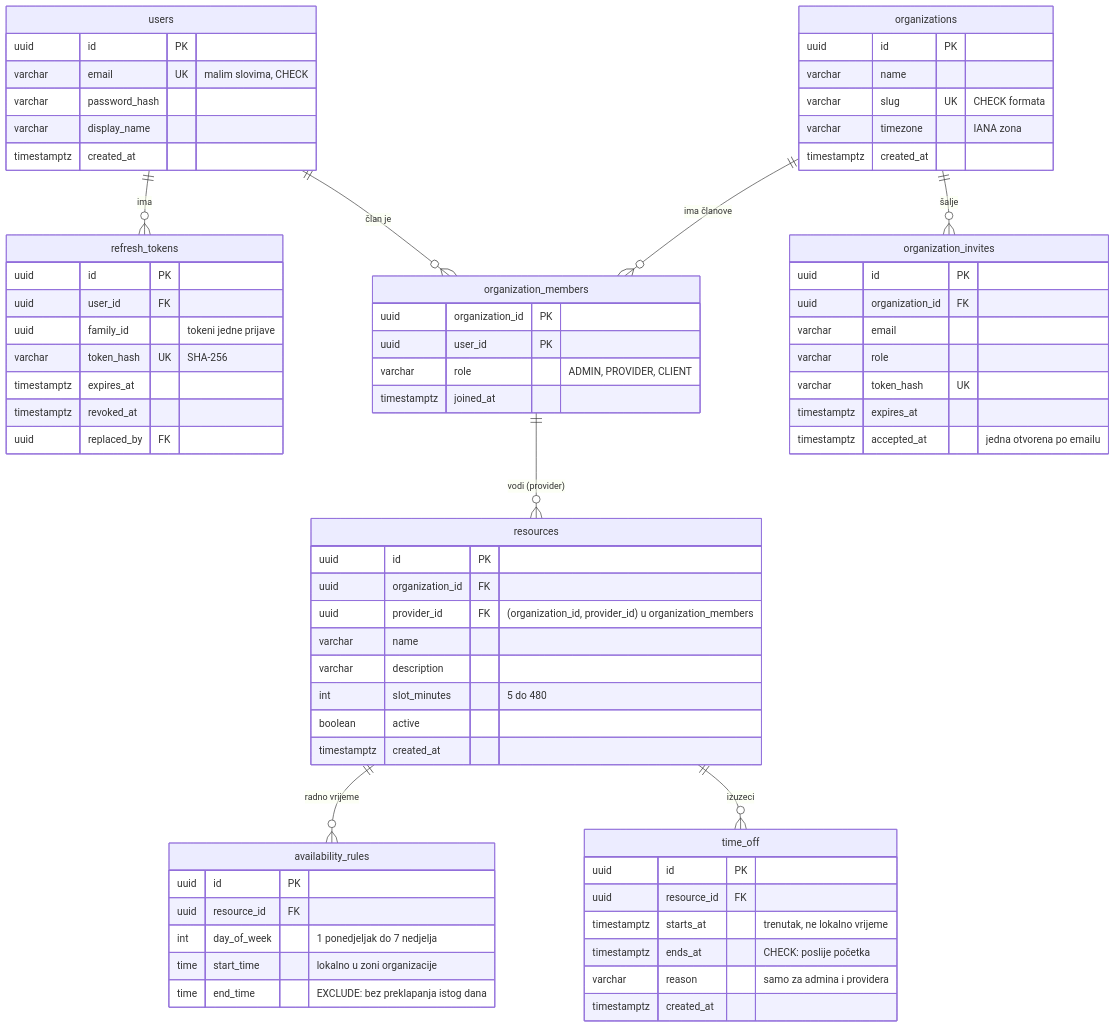
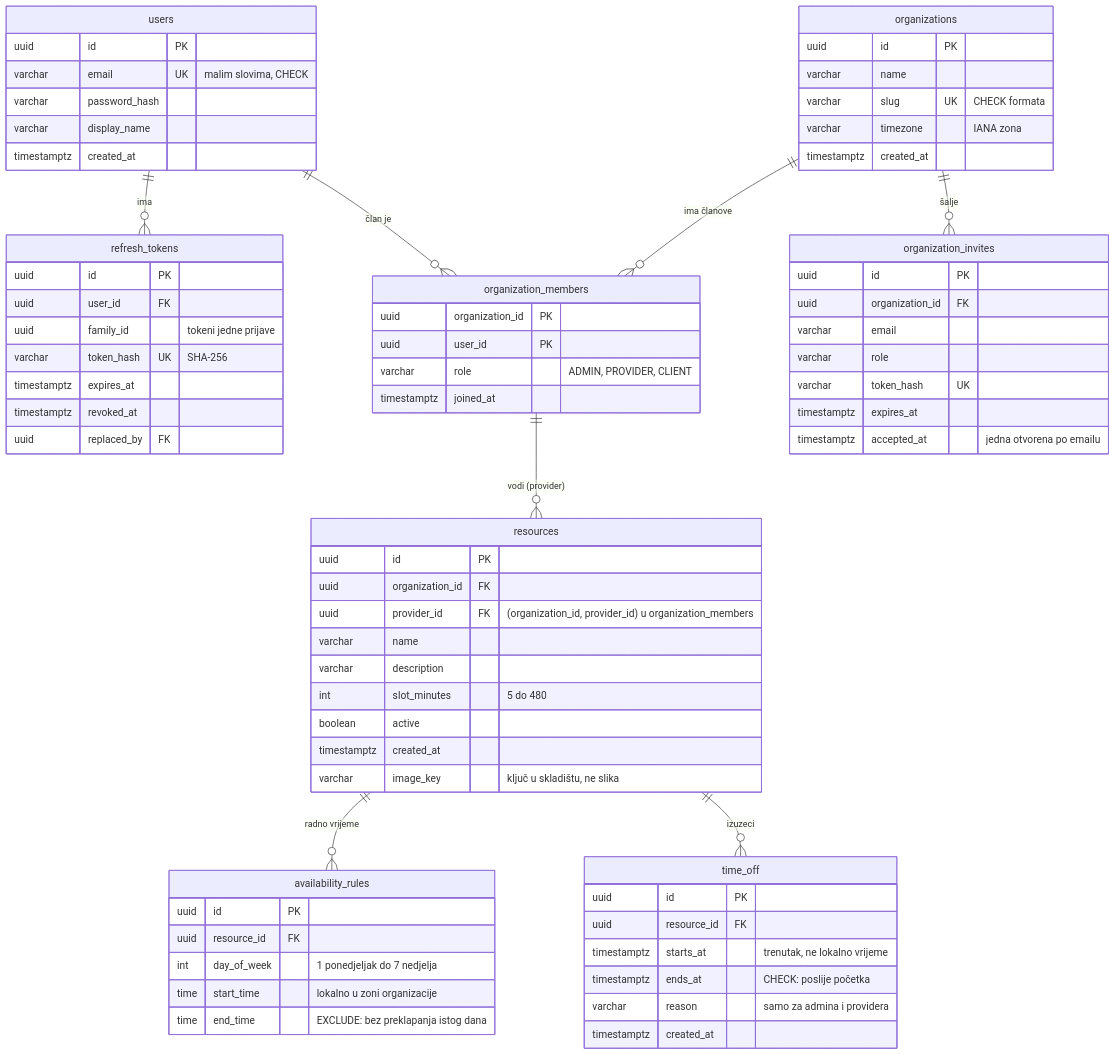
The second of 2 diagrams in docs/ARHITEKTURA.md (eminahbabovich/SlotBook), drawn with Mermaid before and after one commit. The commit also changed other lines of this file and 20 other files, not shown here.

````diff
--- a/docs/ARHITEKTURA.md
+++ b/docs/ARHITEKTURA.md
@@ -43,74 +43,75 @@
 ```mermaid
 erDiagram
     users ||--o{ refresh_tokens : "ima"
     users ||--o{ organization_members : "član je"
     organizations ||--o{ organization_members : "ima članove"
     organizations ||--o{ organization_invites : "šalje"
     organization_members ||--o{ resources : "vodi (provider)"
     resources ||--o{ availability_rules : "radno vrijeme"
     resources ||--o{ time_off : "izuzeci"
 
     users {
         uuid id PK
         varchar email UK "malim slovima, CHECK"
         varchar password_hash
         varchar display_name
         timestamptz created_at
     }
     refresh_tokens {
         uuid id PK
         uuid user_id FK
         uuid family_id "tokeni jedne prijave"
         varchar token_hash UK "SHA-256"
         timestamptz expires_at
         timestamptz revoked_at
         uuid replaced_by FK
     }
     organizations {
         uuid id PK
         varchar name
         varchar slug UK "CHECK formata"
         varchar timezone "IANA zona"
         timestamptz created_at
     }
     organization_members {
         uuid organization_id PK
         uuid user_id PK
         varchar role "ADMIN, PROVIDER, CLIENT"
         timestamptz joined_at
     }
     organization_invites {
         uuid id PK
         uuid organization_id FK
         varchar email
         varchar role
         varchar token_hash UK
         timestamptz expires_at
         timestamptz accepted_at "jedna otvorena po emailu"
     }
     resources {
         uuid id PK
         uuid organization_id FK
         uuid provider_id FK "(organization_id, provider_id) u organization_members"
         varchar name
         varchar description
         int slot_minutes "5 do 480"
         boolean active
         timestamptz created_at
+        varchar image_key "ključ u skladištu, ne slika"
     }
     availability_rules {
         uuid id PK
         uuid resource_id FK
         int day_of_week "1 ponedjeljak do 7 nedjelja"
         time start_time "lokalno u zoni organizacije"
         time end_time "EXCLUDE: bez preklapanja istog dana"
     }
     time_off {
         uuid id PK
         uuid resource_id FK
         timestamptz starts_at "trenutak, ne lokalno vrijeme"
         timestamptz ends_at "CHECK: poslije početka"
         varchar reason "samo za admina i providera"
         timestamptz created_at
     }
 ```
````
